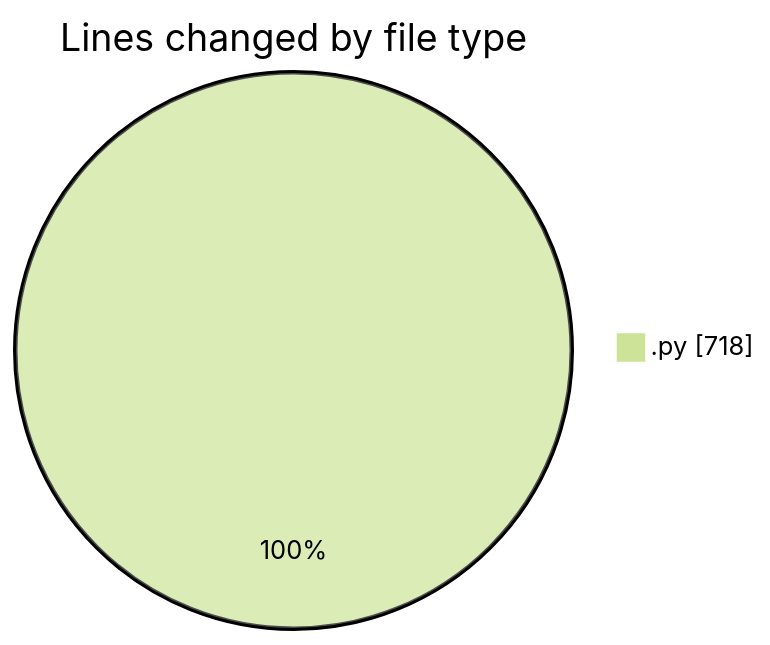
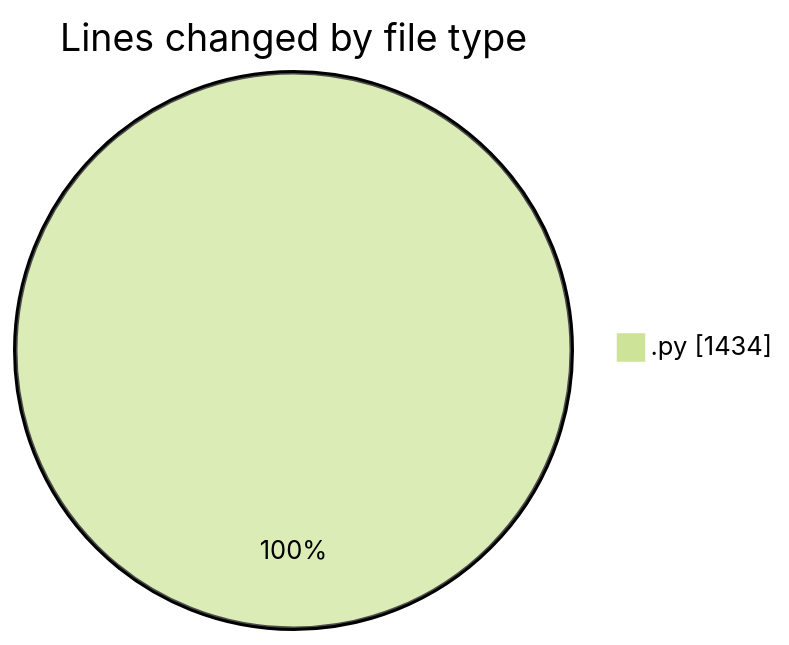
One commit to MatusMokan/code-tracking changed the first of 2 diagrams in 2025-02-27/myws__workspace_/README.md. Above: the diagram before and after it, drawn with Mermaid (forest theme). The commit also changed other lines of this file and 1 other file, not shown here.

````diff
--- a/2025-02-27/myws__workspace_/README.md
+++ b/2025-02-27/myws__workspace_/README.md
@@ -21,5 +22,5 @@
 ```mermaid
 pie showData
 title Lines changed by file type
-".py" : 718
+".py" : 1434
 ```
````
